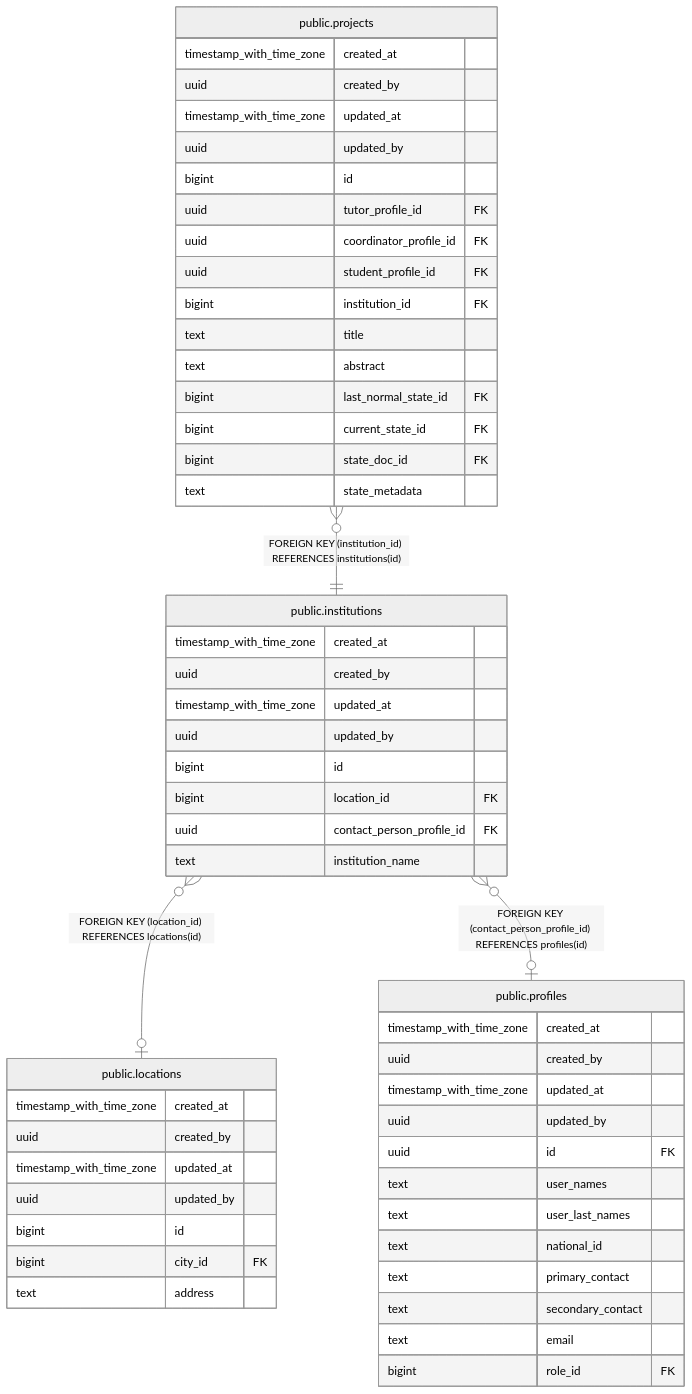
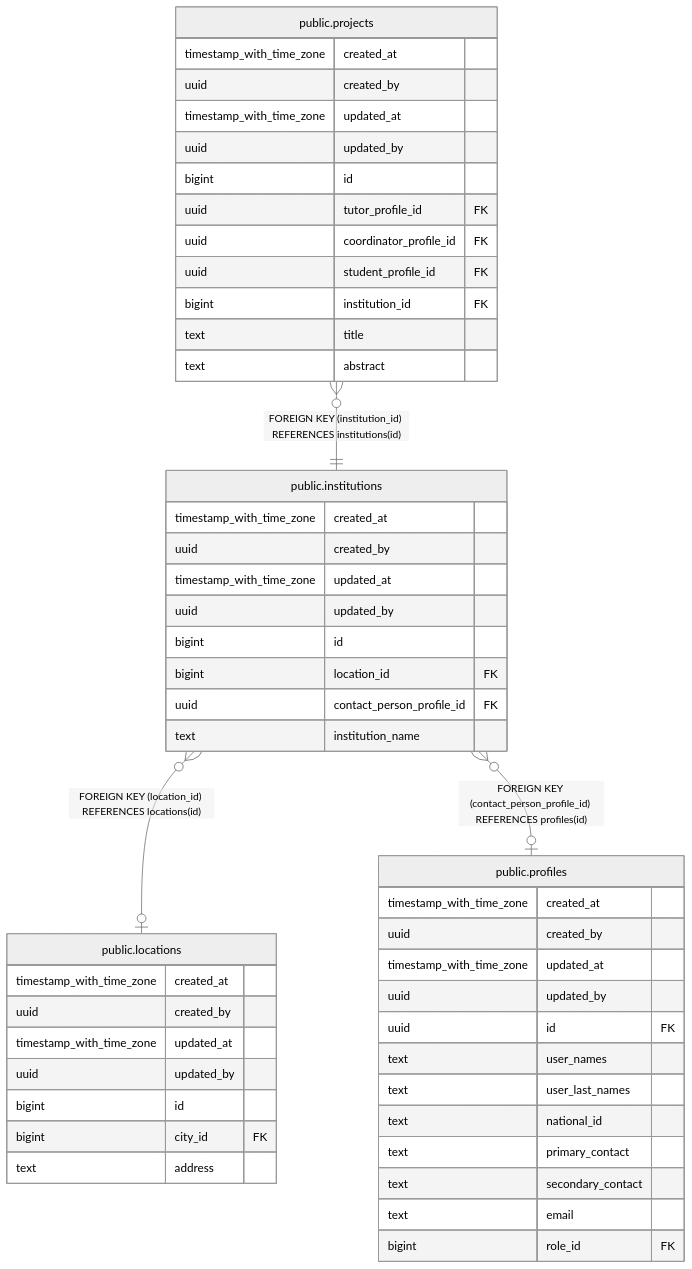
One commit to icristianhernandez/academic-service-backend changed the diagram in docs/db/tbls/public.institutions.md. Above: the diagram before and after it, drawn with Mermaid (neutral theme). The commit also changed 13 other files, not shown here.

````diff
--- a/docs/db/tbls/public.institutions.md
+++ b/docs/db/tbls/public.institutions.md
@@ -43,58 +43,54 @@
 ```mermaid
 erDiagram
 
 "public.projects" }o--|| "public.institutions" : "FOREIGN KEY (institution_id) REFERENCES institutions(id)"
 "public.institutions" }o--o| "public.locations" : "FOREIGN KEY (location_id) REFERENCES locations(id)"
 "public.institutions" }o--o| "public.profiles" : "FOREIGN KEY (contact_person_profile_id) REFERENCES profiles(id)"
 
 "public.institutions" {
   timestamp_with_time_zone created_at ""
   uuid created_by ""
   timestamp_with_time_zone updated_at ""
   uuid updated_by ""
   bigint id ""
   bigint location_id FK ""
   uuid contact_person_profile_id FK ""
   text institution_name ""
 }
 "public.projects" {
   timestamp_with_time_zone created_at ""
   uuid created_by ""
   timestamp_with_time_zone updated_at ""
   uuid updated_by ""
   bigint id ""
   uuid tutor_profile_id FK ""
   uuid coordinator_profile_id FK ""
   uuid student_profile_id FK ""
   bigint institution_id FK ""
   text title ""
   text abstract ""
-  bigint last_normal_state_id FK ""
-  bigint current_state_id FK ""
-  bigint state_doc_id FK ""
-  text state_metadata ""
 }
 "public.locations" {
   timestamp_with_time_zone created_at ""
   uuid created_by ""
   timestamp_with_time_zone updated_at ""
   uuid updated_by ""
   bigint id ""
   bigint city_id FK ""
   text address ""
 }
 "public.profiles" {
   timestamp_with_time_zone created_at ""
   uuid created_by ""
   timestamp_with_time_zone updated_at ""
   uuid updated_by ""
   uuid id FK ""
   text user_names ""
   text user_last_names ""
   text national_id ""
   text primary_contact ""
   text secondary_contact ""
   text email ""
   bigint role_id FK ""
 }
 ```
````
